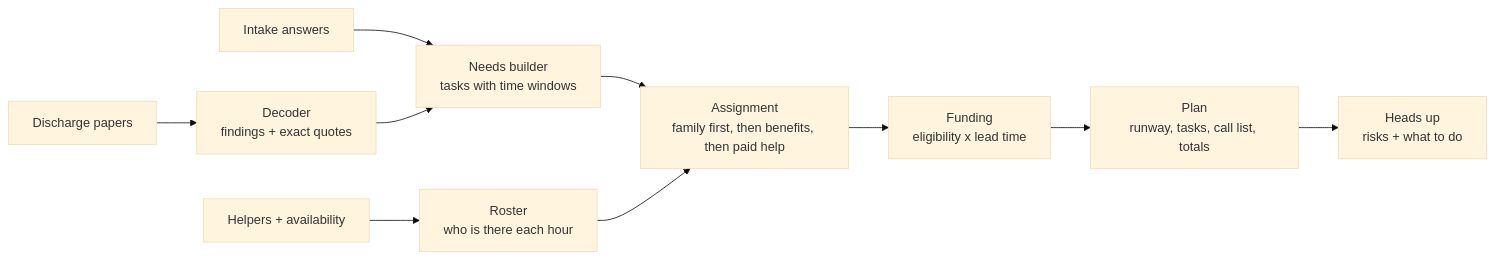
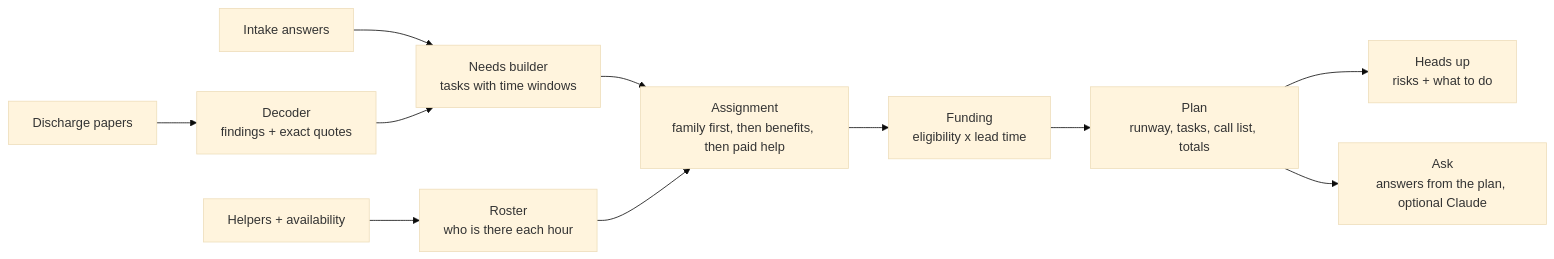
The diagram in README.md (Ibaadkhatib24/First72Hours), drawn with Mermaid (base theme) before and after one commit. The commit also changed other lines of this file and 26 other files, not shown here.

````diff
--- a/README.md
+++ b/README.md
@@ -141,12 +154,13 @@
 ```mermaid
 flowchart LR
   P[Discharge papers] --> D[Decoder<br/>findings + exact quotes]
   I[Intake answers] --> N
   D --> N[Needs builder<br/>tasks with time windows]
   C[Helpers + availability] --> R[Roster<br/>who is there each hour]
   N --> A[Assignment<br/>family first, then benefits, then paid help]
   R --> A
   A --> F[Funding<br/>eligibility x lead time]
   F --> O[Plan<br/>runway, tasks, call list, totals]
   O --> H[Heads up<br/>risks + what to do]
+  O --> Q[Ask<br/>answers from the plan, optional Claude]
 ```
````
